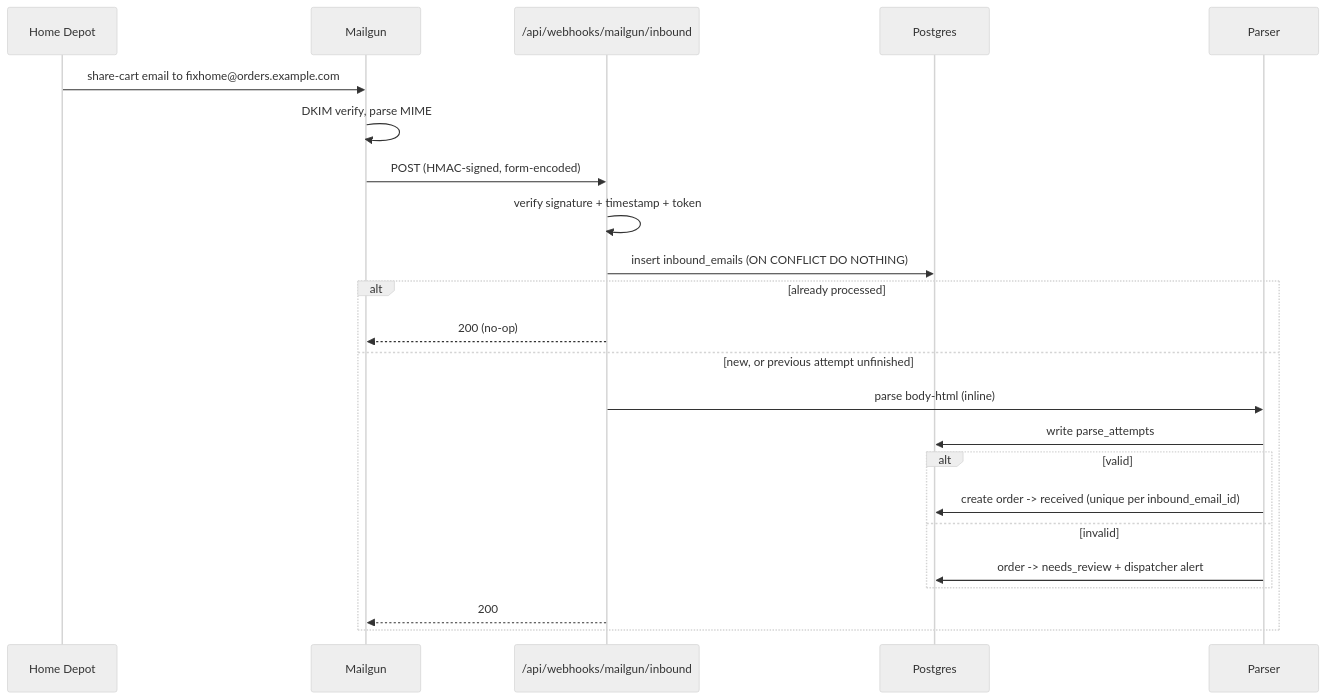
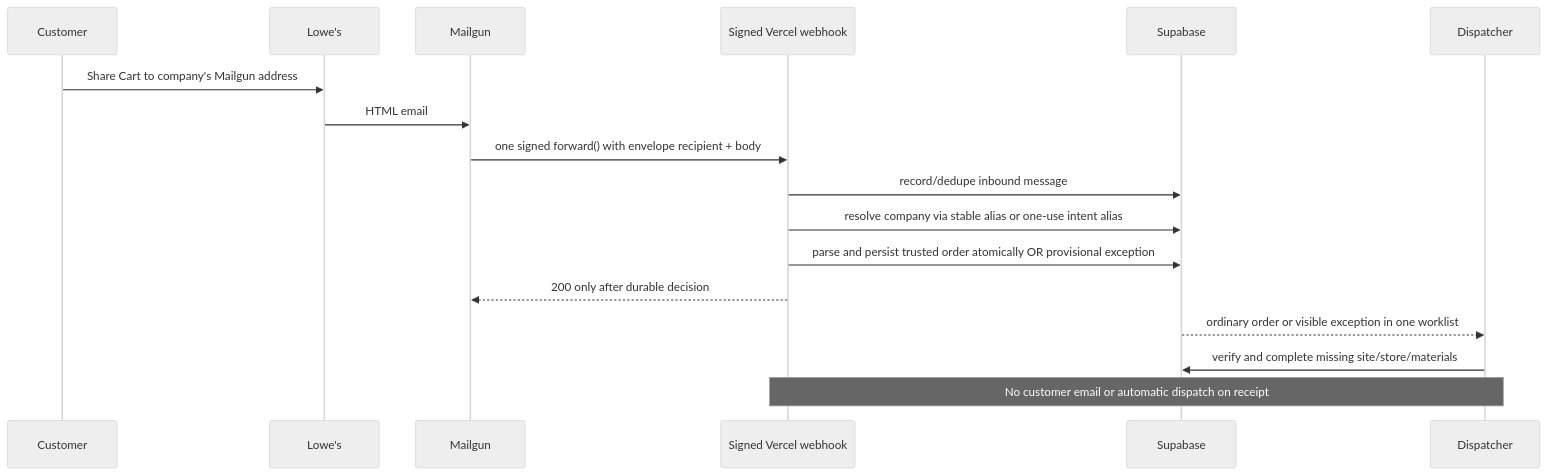
The diagram in docs/architecture/05-email-intake.md (apalumbiLS/DeliveryApp), drawn with Mermaid (neutral theme) before and after one commit. The commit also changed other lines of this file and 20 other files, not shown here.

First line of the commit message:
Update architecture docs to reflect current prototype milestone: Lowe's email-to-dispatcher intake without customer checkout or outbound notifications

````diff
--- a/docs/architecture/05-email-intake.md
+++ b/docs/architecture/05-email-intake.md
@@ -119,26 +56,19 @@
 ```mermaid
 sequenceDiagram
-    participant HD as Home Depot
-    participant MG as Mailgun
-    participant WH as /api/webhooks/mailgun/inbound
-    participant DB as Postgres
-    participant P as Parser
-
-    HD->>MG: share-cart email to fixhome@orders.example.com
-    MG->>MG: DKIM verify, parse MIME
-    MG->>WH: POST (HMAC-signed, form-encoded)
-    WH->>WH: verify signature + timestamp + token
-    WH->>DB: insert inbound_emails (ON CONFLICT DO NOTHING)
-    alt already processed
-        WH-->>MG: 200 (no-op)
-    else new, or previous attempt unfinished
-        WH->>P: parse body-html (inline)
-        P->>DB: write parse_attempts
-        alt valid
-            P->>DB: create order -> received (unique per inbound_email_id)
-        else invalid
-            P->>DB: order -> needs_review + dispatcher alert
-        end
-        WH-->>MG: 200
-    end
+    participant Customer
+    participant Lowe as Lowe's
+    participant Mailgun
+    participant App as Signed Vercel webhook
+    participant DB as Supabase
+    participant Dispatcher
+    Customer->>Lowe: Share Cart to company's Mailgun address
+    Lowe->>Mailgun: HTML email
+    Mailgun->>App: one signed forward() with envelope recipient + body
+    App->>DB: record/dedupe inbound message
+    App->>DB: resolve company via stable alias or one-use intent alias
+    App->>DB: parse and persist trusted order atomically OR provisional exception
+    App-->>Mailgun: 200 only after durable decision
+    DB-->>Dispatcher: ordinary order or visible exception in one worklist
+    Dispatcher->>DB: verify and complete missing site/store/materials
+    Note over App,Dispatcher: No customer email or automatic dispatch on receipt
 ```
````
